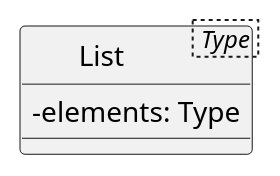
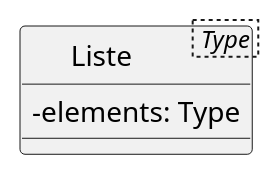
One commit to gigl-uml/Guide_uml_polymtl changed the diagram in plant_uml/templateExample.plantuml. Above: the diagram before and after it, drawn with PlantUML. The commit also changed 18 other files, not shown here.

```diff
--- a/plant_uml/templateExample.plantuml
+++ b/plant_uml/templateExample.plantuml
@@ -1,9 +1,9 @@
 @startuml
 hide circle
 skinparam backgroundcolor transparent
 skinparam classAttributeIconSize 0
 
-class "List< Type >" as List {
+class "Liste< Type >" as Liste {
     -elements: Type
 }
 @enduml
```
